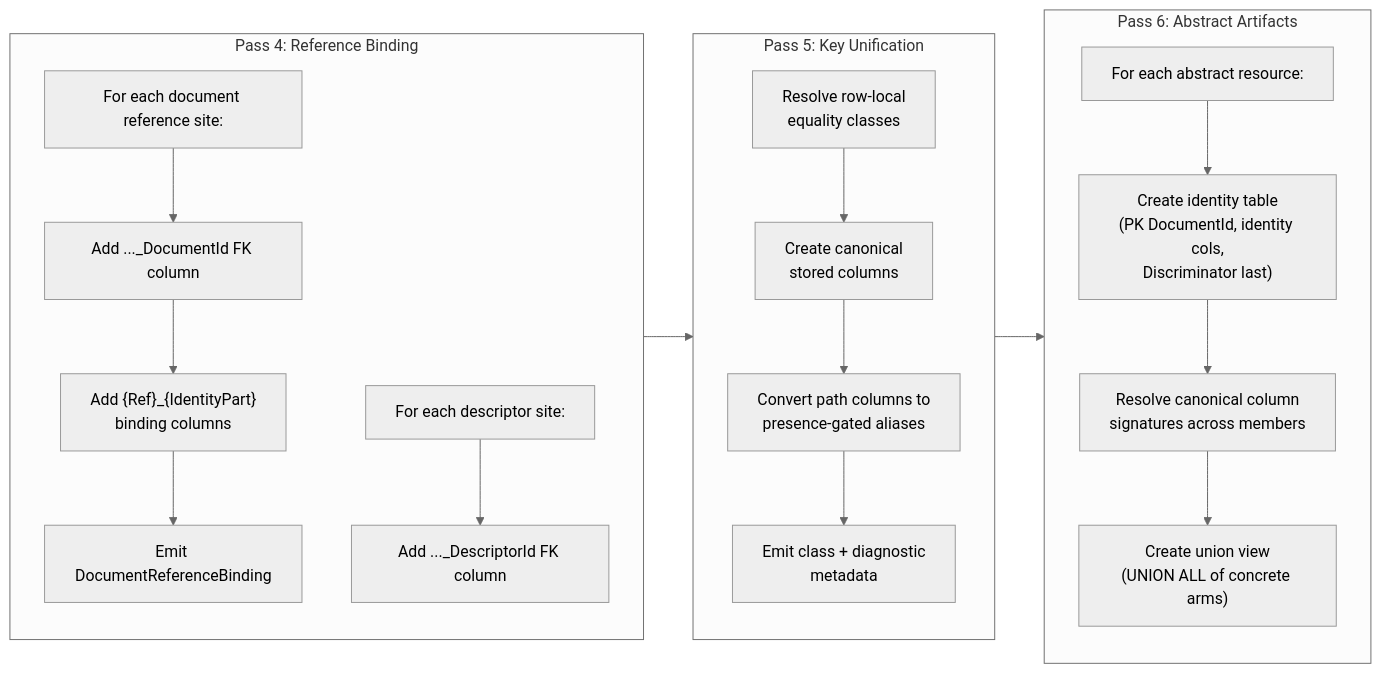
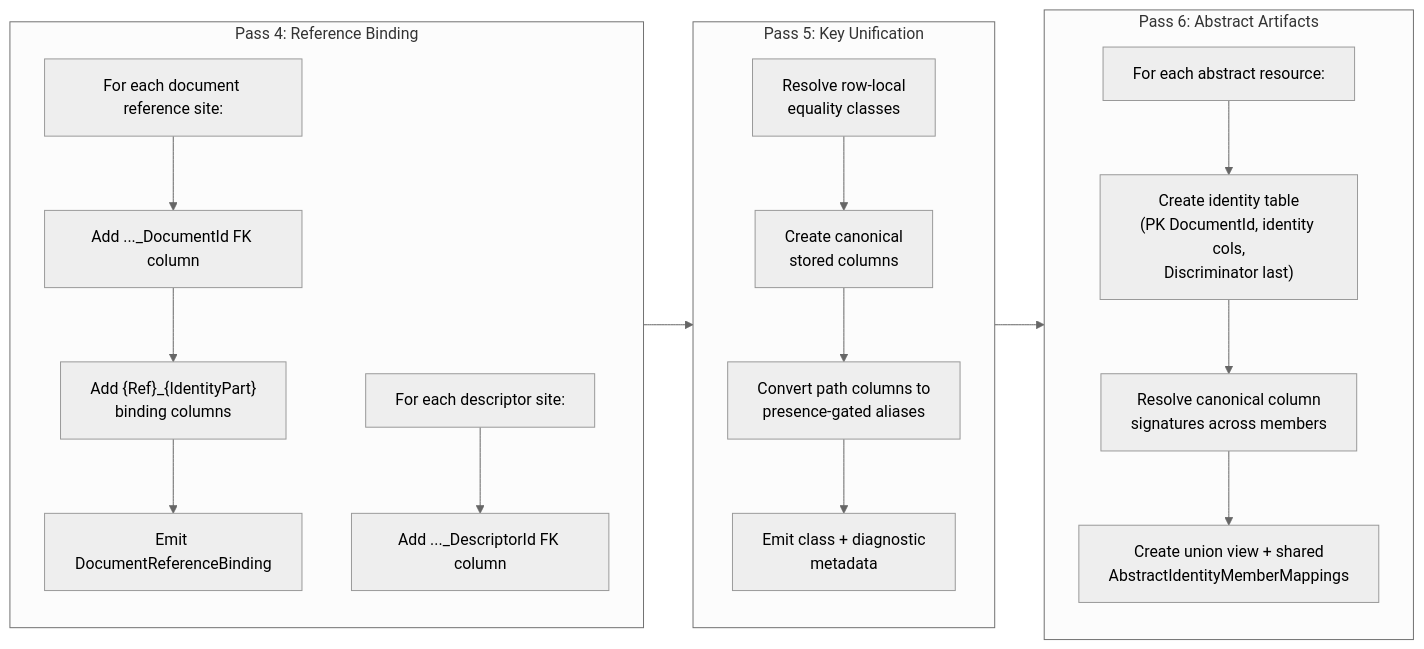
One commit to Ed-Fi-Alliance-OSS/Data-Management-Service changed diagram 13 of 16 in reference/design/backend-redesign/presentations/relational-model-presentation.md. Above: the diagram before and after it, drawn with Mermaid (neutral theme). The commit also changed other lines of this file and 50 other files, not shown here.

````diff
--- a/reference/design/backend-redesign/presentations/relational-model-presentation.md
+++ b/reference/design/backend-redesign/presentations/relational-model-presentation.md
@@ -638,34 +721,34 @@
 ```mermaid
 flowchart LR
     subgraph P4["Pass 4: Reference Binding"]
         direction TB
         P4A["For each document reference site:"]
         P4B["Add ..._DocumentId FK column"]
         P4C["Add {Ref}_{IdentityPart}<br/>binding columns"]
         P4D["Emit DocumentReferenceBinding"]
         P4E["For each descriptor site:"]
         P4F["Add ..._DescriptorId FK column"]
         P4A --> P4B --> P4C --> P4D
         P4E --> P4F
     end
 
     subgraph P5["Pass 5: Key Unification"]
         direction TB
         P5A["Resolve row-local<br/>equality classes"]
         P5B["Create canonical<br/>stored columns"]
         P5C["Convert path columns to<br/>presence-gated aliases"]
         P5D["Emit class + diagnostic<br/>metadata"]
         P5A --> P5B --> P5C --> P5D
     end
 
     subgraph P6["Pass 6: Abstract Artifacts"]
         direction TB
         P6A["For each abstract resource:"]
         P6B["Create identity table<br/>(PK DocumentId, identity cols,<br/>Discriminator last)"]
         P6C["Resolve canonical column<br/>signatures across members"]
-        P6D["Create union view<br/>(UNION ALL of concrete arms)"]
+        P6D["Create union view + shared<br/>AbstractIdentityMemberMappings"]
         P6A --> P6B --> P6C --> P6D
     end
 
     P4 --> P5 --> P6
 ```
````
